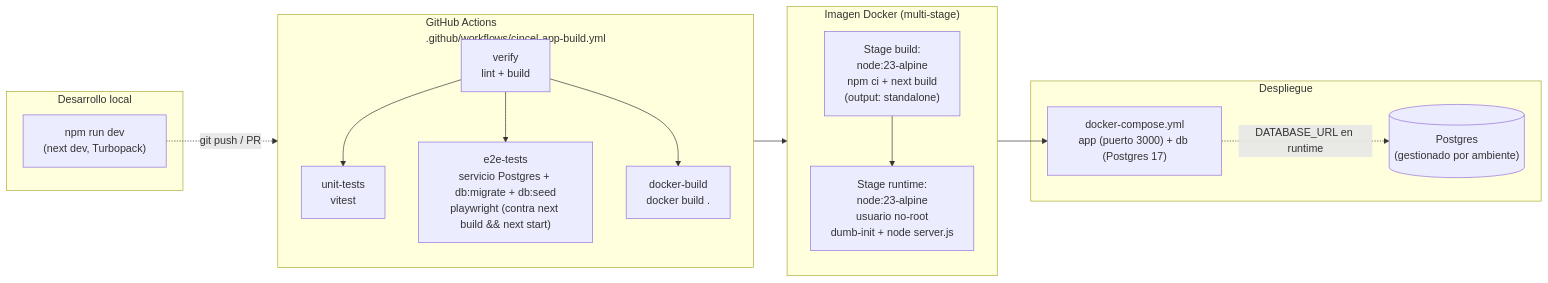
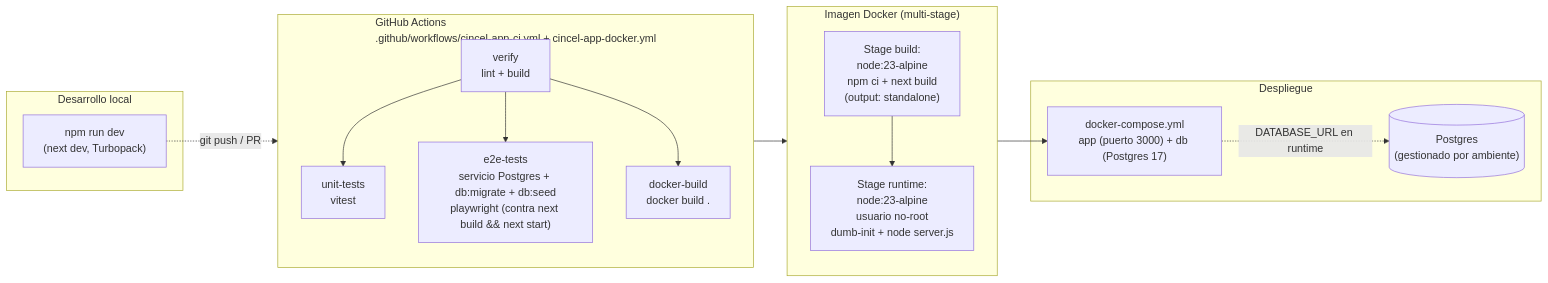
The third of 4 diagrams in cincel-app/README.md (paulcincel-lab/cincel-workspace), drawn with Mermaid before and after one commit. The commit also changed other lines of this file and 15 other files, not shown here.

First line of the commit message:
ci(cincel-app): self-hosted runners, separate CI and Docker workflows (#928)

````diff
--- a/cincel-app/README.md
+++ b/cincel-app/README.md
@@ -101,32 +101,32 @@
 ```mermaid
 flowchart LR
     subgraph Dev["Desarrollo local"]
         D1["npm run dev\n(next dev, Turbopack)"]
     end
 
-    subgraph CI["GitHub Actions\n.github/workflows/cincel-app-build.yml"]
+    subgraph CI["GitHub Actions\n.github/workflows/cincel-app-ci.yml + cincel-app-docker.yml"]
         V["verify\nlint + build"]
         UT["unit-tests\nvitest"]
         E2E["e2e-tests\nservicio Postgres + db:migrate + db:seed\nplaywright (contra next build && next start)"]
         DB["docker-build\ndocker build ."]
         V --> UT
         V --> E2E
         V --> DB
     end
 
     subgraph Image["Imagen Docker (multi-stage)"]
         B1["Stage build:\nnode:23-alpine\nnpm ci + next build\n(output: standalone)"]
         B2["Stage runtime:\nnode:23-alpine\nusuario no-root\ndumb-init + node server.js"]
         B1 --> B2
     end
 
     subgraph Runtime["Despliegue"]
         Compose["docker-compose.yml\napp (puerto 3000) + db (Postgres 17)"]
         PGProd[("Postgres\n(gestionado por ambiente)")]
     end
 
     D1 -.git push / PR.-> CI
     CI --> Image
     Image --> Compose
     Compose -.DATABASE_URL en runtime.-> PGProd
 ```
````
